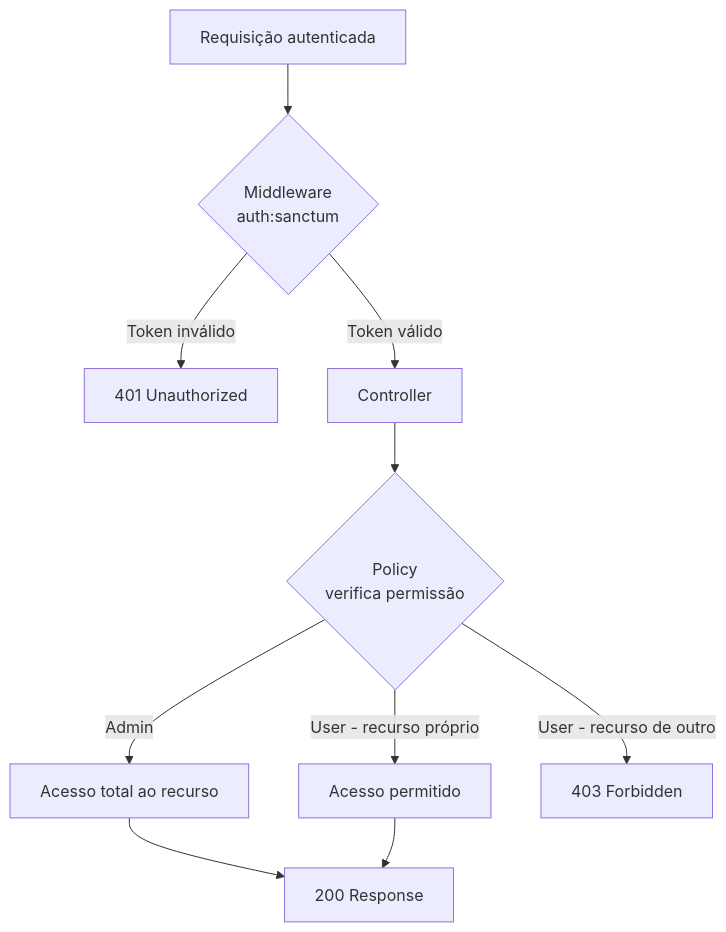
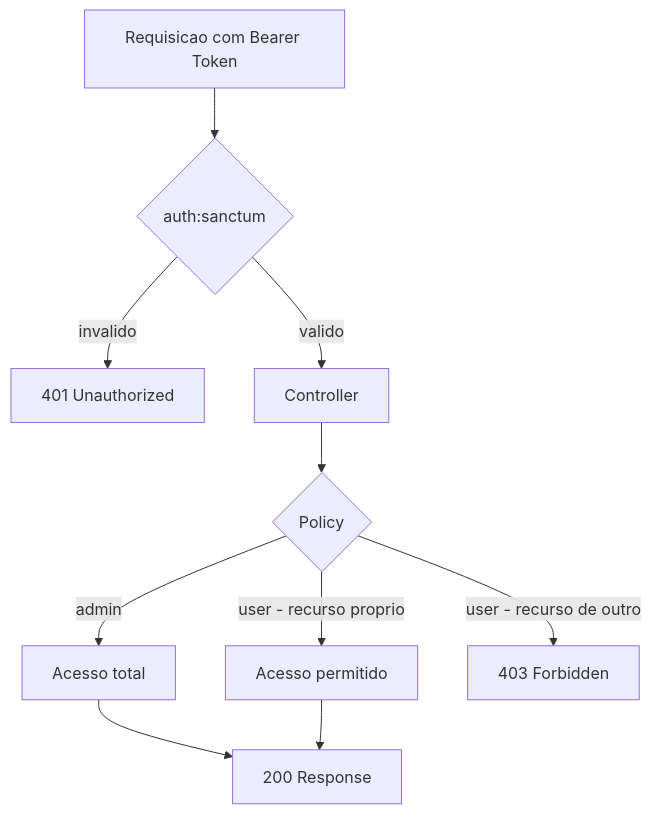
The third of 4 diagrams in README.md (DarioCampagnaCoutinho/api-tasks), drawn with Mermaid before and after one commit. The commit also changed other lines of this file, not shown here.

````diff
--- a/README.md
+++ b/README.md
@@ -112,12 +95,12 @@
 ```mermaid
 flowchart TD
-    R[Requisição autenticada] --> M{Middleware\nauth:sanctum}
-    M -->|Token inválido| E1[401 Unauthorized]
-    M -->|Token válido| C[Controller]
-    C --> P{Policy\nverifica permissão}
-    P -->|Admin| X[Acesso total ao recurso]
-    P -->|User - recurso próprio| Y[Acesso permitido]
-    P -->|User - recurso de outro| E2[403 Forbidden]
-    X --> RES[200 Response]
-    Y --> RES
+    REQ[Requisicao com Bearer Token] --> MW{auth:sanctum}
+    MW -->|invalido| E1[401 Unauthorized]
+    MW -->|valido| CT[Controller]
+    CT --> PL{Policy}
+    PL -->|admin| OK1[Acesso total]
+    PL -->|user - recurso proprio| OK2[Acesso permitido]
+    PL -->|user - recurso de outro| E2[403 Forbidden]
+    OK1 --> RES[200 Response]
+    OK2 --> RES
 ```
````
